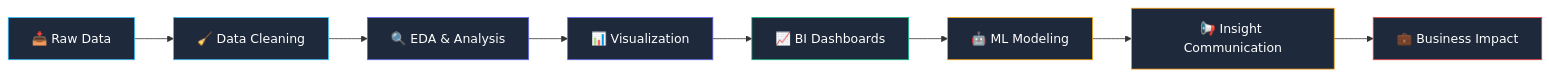
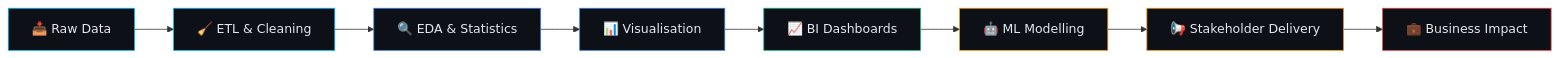
Before and after one commit to vikasgit101/vikasgit101: the diagram in README.md, drawn with Mermaid. The commit also changed other lines of this file, not shown here.

````diff
--- a/README.md
+++ b/README.md
@@ -283,19 +322,19 @@
 ```mermaid
 graph LR
-    A[📥 Raw Data] --> B[🧹 Data Cleaning]
-    B --> C[🔍 EDA & Analysis]
-    C --> D[📊 Visualization]
+    A[📥 Raw Data] --> B[🧹 ETL & Cleaning]
+    B --> C[🔍 EDA & Statistics]
+    C --> D[📊 Visualisation]
     D --> E[📈 BI Dashboards]
-    E --> F[🤖 ML Modeling]
-    F --> G[📢 Insight Communication]
+    E --> F[🤖 ML Modelling]
+    F --> G[📢 Stakeholder Delivery]
     G --> H[💼 Business Impact]
 
-    style A fill:#1e293b,stroke:#38bdf8,color:#fff
-    style B fill:#1e293b,stroke:#38bdf8,color:#fff
-    style C fill:#1e293b,stroke:#6366f1,color:#fff
-    style D fill:#1e293b,stroke:#6366f1,color:#fff
-    style E fill:#1e293b,stroke:#10b981,color:#fff
-    style F fill:#1e293b,stroke:#f59e0b,color:#fff
-    style G fill:#1e293b,stroke:#f59e0b,color:#fff
-    style H fill:#1e293b,stroke:#ef4444,color:#fff
+    style A fill:#0d1117,stroke:#00bfff,color:#e2e8f0
+    style B fill:#0d1117,stroke:#00bfff,color:#e2e8f0
+    style C fill:#0d1117,stroke:#3b82f6,color:#e2e8f0
+    style D fill:#0d1117,stroke:#3b82f6,color:#e2e8f0
+    style E fill:#0d1117,stroke:#10b981,color:#e2e8f0
+    style F fill:#0d1117,stroke:#f59e0b,color:#e2e8f0
+    style G fill:#0d1117,stroke:#f59e0b,color:#e2e8f0
+    style H fill:#0d1117,stroke:#ef4444,color:#e2e8f0
 ```
````
